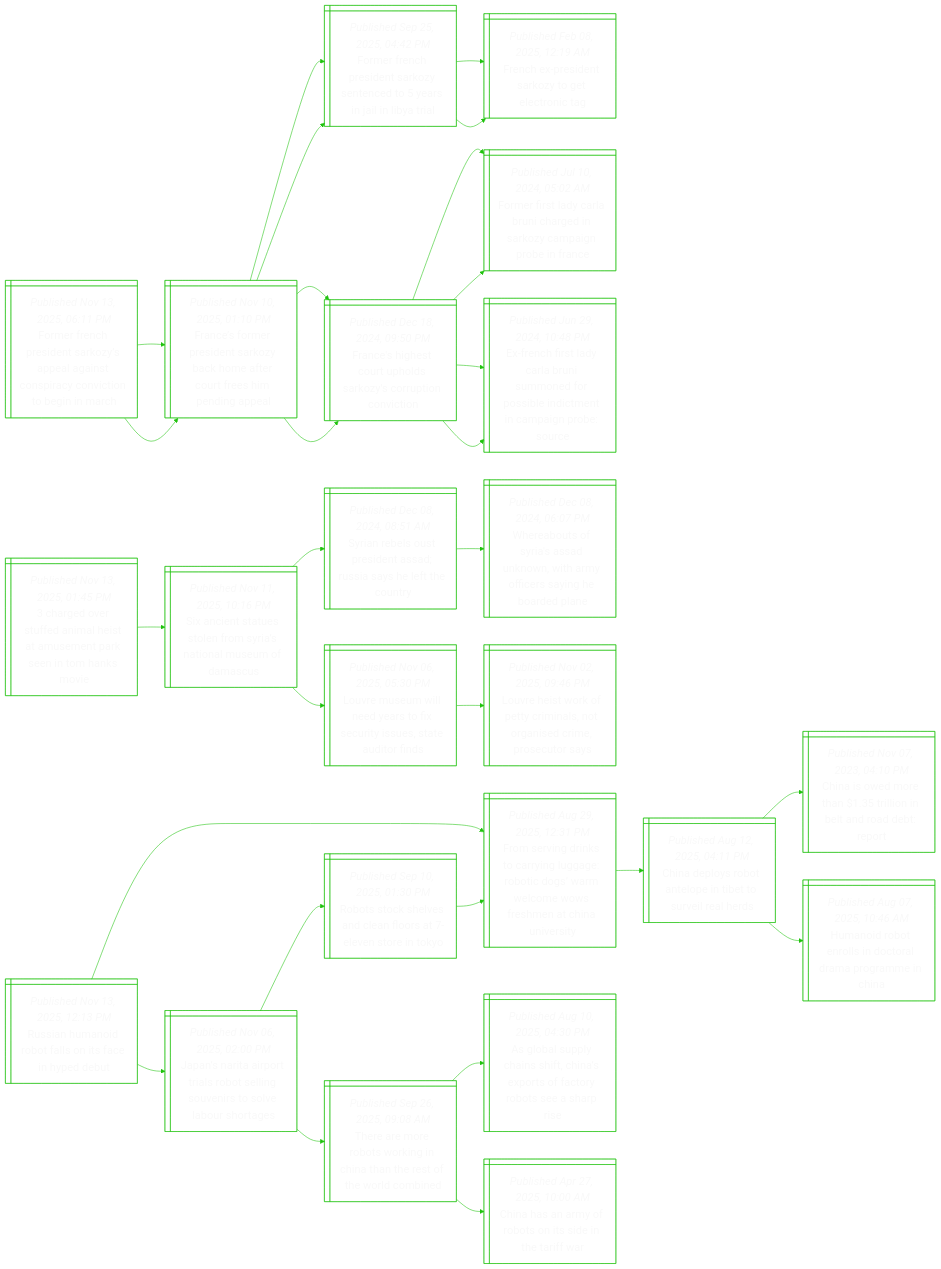
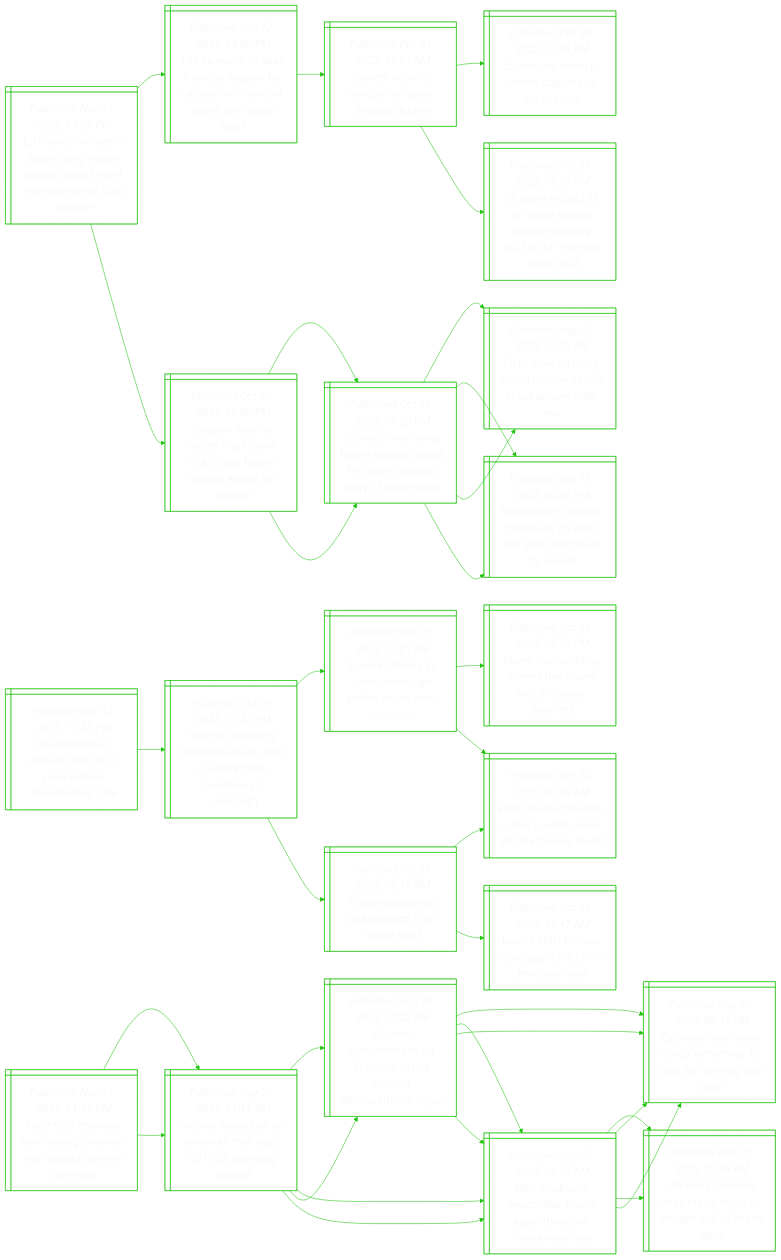
Before and after one commit to notJmes/notJmes: the diagram in README.md, drawn with Mermaid. The commit also changed other lines of this file, not shown here.

````diff
--- a/README.md
+++ b/README.md
@@ -16,97 +16,112 @@
 flowchart LR
 classDef txtsize font-size:20px;
 
-Frcstopasscvoenh@{ shape: win-pane, label: "_Published Nov 13, 2025, 06:11 PM_
-Former french president sarkozy’s appeal against conspiracy conviction to begin in march" }
-Femenkamerepne@{ shape: win-pane, label: "_Published Nov 10, 2025, 01:10 PM_
-France’s former president sarkozy back home after court frees him pending appeal" }
-Frcstoneeniya@{ shape: win-pane, label: "_Published Sep 25, 2025, 04:42 PM_
-Former french president sarkozy sentenced to 5 years in jail in libya trial" }
-Fhenkoloa@{ shape: win-pane, label: "_Published Feb 08, 2025, 12:19 AM_
-French ex-president sarkozy to get electronic tag" }
-Fehopsootot@{ shape: win-pane, label: "_Published Dec 18, 2024, 09:50 PM_
-France's highest court upholds sarkozy's corruption conviction" }
-FrtCBceayarnc@{ shape: win-pane, label: "_Published Jul 10, 2024, 05:02 AM_
-Former first lady carla bruni charged in sarkozy campaign probe in france" }
-Enrdlnmfsectmnec@{ shape: win-pane, label: "_Published Jun 29, 2024, 10:48 PM_
-Ex-french first lady carla bruni summoned for possible indictment in campaign probe: source" }
-Femenkamerepne@{ shape: win-pane, label: "_Published Nov 10, 2025, 01:10 PM_
-France’s former president sarkozy back home after court frees him pending appeal" }
-Frcstoneeniya@{ shape: win-pane, label: "_Published Sep 25, 2025, 04:42 PM_
-Former french president sarkozy sentenced to 5 years in jail in libya trial" }
-Fhenkoloa@{ shape: win-pane, label: "_Published Feb 08, 2025, 12:19 AM_
-French ex-president sarkozy to get electronic tag" }
-Fehopsootot@{ shape: win-pane, label: "_Published Dec 18, 2024, 09:50 PM_
-France's highest court upholds sarkozy's corruption conviction" }
-FrtCBceayarnc@{ shape: win-pane, label: "_Published Jul 10, 2024, 05:02 AM_
-Former first lady carla bruni charged in sarkozy campaign probe in france" }
-Enrdlnmfsectmnec@{ shape: win-pane, label: "_Published Jun 29, 2024, 10:48 PM_
-Ex-french first lady carla bruni summoned for possible indictment in campaign probe: source" }
+Meekenanhcoa@{ shape: win-pane, label: "_Published Nov 13, 2025, 11:40 PM_
+Merz tells zelensky fewer young ukrainian men should come to germany" }
+Uneoangtlad@{ shape: win-pane, label: "_Published Aug 27, 2025, 01:11 AM_
+Ukraine eases ban on ukrainian men aged 18 to 22 travelling abroad" }
+Unndoseienpvg@{ shape: win-pane, label: "_Published Aug 26, 2025, 10:27 PM_
+Ukraine acknowledges for first time russia entered dnipropetrovsk region" }
+Zsysieisitit@{ shape: win-pane, label: "_Published Aug 22, 2025, 08:47 PM_
+Zelensky says russia doing ‘everything’ to stop his meeting with putin" }
+Woiaamiesics@{ shape: win-pane, label: "_Published Aug 23, 2025, 01:52 AM_
+With no ukraine peace deal, trump again threatens russia sanctions" }
+Woiaamiesics@{ shape: win-pane, label: "_Published Aug 23, 2025, 01:52 AM_
+With no ukraine peace deal, trump again threatens russia sanctions" }
+UnlyRanrefes@{ shape: win-pane, label: "_Published Aug 22, 2025, 03:43 AM_
+Ukraine’s zelensky says russia trying to ‘wriggle out’ of peace talks" }
+Zsysieisitit@{ shape: win-pane, label: "_Published Aug 22, 2025, 08:47 PM_
+Zelensky says russia doing ‘everything’ to stop his meeting with putin" }
+Uneoangtlad@{ shape: win-pane, label: "_Published Aug 27, 2025, 01:11 AM_
+Ukraine eases ban on ukrainian men aged 18 to 22 travelling abroad" }
+Unndoseienpvg@{ shape: win-pane, label: "_Published Aug 26, 2025, 10:27 PM_
+Ukraine acknowledges for first time russia entered dnipropetrovsk region" }
+Zsysieisitit@{ shape: win-pane, label: "_Published Aug 22, 2025, 08:47 PM_
+Zelensky says russia doing ‘everything’ to stop his meeting with putin" }
+Woiaamiesics@{ shape: win-pane, label: "_Published Aug 23, 2025, 01:52 AM_
+With no ukraine peace deal, trump again threatens russia sanctions" }
+Woiaamiesics@{ shape: win-pane, label: "_Published Aug 23, 2025, 01:52 AM_
+With no ukraine peace deal, trump again threatens russia sanctions" }
+UnlyRanrefes@{ shape: win-pane, label: "_Published Aug 22, 2025, 03:43 AM_
+Ukraine’s zelensky says russia trying to ‘wriggle out’ of peace talks" }
+Zsysieisitit@{ shape: win-pane, label: "_Published Aug 22, 2025, 08:47 PM_
+Zelensky says russia doing ‘everything’ to stop his meeting with putin" }
 
-Frcstopasscvoenh:::txtsize --> Femenkamerepne:::txtsize
-Femenkamerepne:::txtsize --> Frcstoneeniya:::txtsize
-Frcstoneeniya:::txtsize --> Fhenkoloa:::txtsize
-Femenkamerepne:::txtsize --> Fehopsootot:::txtsize
-Fehopsootot:::txtsize --> FrtCBceayarnc:::txtsize
-Fehopsootot:::txtsize --> Enrdlnmfsectmnec:::txtsize
-Frcstopasscvoenh:::txtsize --> Femenkamerepne:::txtsize
-Femenkamerepne:::txtsize --> Frcstoneeniya:::txtsize
-Frcstoneeniya:::txtsize --> Fhenkoloa:::txtsize
-Femenkamerepne:::txtsize --> Fehopsootot:::txtsize
-Fehopsootot:::txtsize --> FrtCBceayarnc:::txtsize
-Fehopsootot:::txtsize --> Enrdlnmfsectmnec:::txtsize
+Meekenanhcoa:::txtsize --> Uneoangtlad:::txtsize
+Uneoangtlad:::txtsize --> Unndoseienpvg:::txtsize
+Unndoseienpvg:::txtsize --> Zsysieisitit:::txtsize
+Unndoseienpvg:::txtsize --> Woiaamiesics:::txtsize
+Uneoangtlad:::txtsize --> Woiaamiesics:::txtsize
+Woiaamiesics:::txtsize --> UnlyRanrefes:::txtsize
+Woiaamiesics:::txtsize --> Zsysieisitit:::txtsize
+Meekenanhcoa:::txtsize --> Uneoangtlad:::txtsize
+Uneoangtlad:::txtsize --> Unndoseienpvg:::txtsize
+Unndoseienpvg:::txtsize --> Zsysieisitit:::txtsize
+Unndoseienpvg:::txtsize --> Woiaamiesics:::txtsize
+Uneoangtlad:::txtsize --> Woiaamiesics:::txtsize
+Woiaamiesics:::txtsize --> UnlyRanrefes:::txtsize
+Woiaamiesics:::txtsize --> Zsysieisitit:::txtsize
 
-cerfietepeTnv@{ shape: win-pane, label: "_Published Nov 13, 2025, 01:45 PM_
-3 charged over stuffed animal heist at amusement park seen in tom hanks movie" }
-Scseloitluau@{ shape: win-pane, label: "_Published Nov 11, 2025, 10:16 PM_
-Six ancient statues stolen from syria’s national museum of damascus" }
-SnltiARahtoy@{ shape: win-pane, label: "_Published Dec 08, 2024, 08:51 AM_
-Syrian rebels oust president assad; russia says he left the country" }
-Wasrsnnafriben@{ shape: win-pane, label: "_Published Dec 08, 2024, 06:07 PM_
-Whereabouts of syria's assad unknown, with army officers saying he boarded plane" }
-Leulytsisturs@{ shape: win-pane, label: "_Published Nov 06, 2025, 05:30 PM_
-Louvre museum will need years to fix security issues, state auditor finds" }
-Letotmsrsioty@{ shape: win-pane, label: "_Published Nov 02, 2025, 09:46 PM_
-Louvre heist work of petty criminals, not organised crime, prosecutor says" }
+Eaieriounttcwfke@{ shape: win-pane, label: "_Published Nov 13, 2025, 11:26 PM_
+Eu finance ministers agree using frozen russian assets most effective way to fund ukraine" }
+Twtsalorilbavrw@{ shape: win-pane, label: "_Published Nov 12, 2025, 03:00 PM_
+The eu wants to raise financial support for ukraine. will member states ever agree how?" }
+DsruasvUn@{ shape: win-pane, label: "_Published Feb 24, 2022, 11:01 AM_
+'darkest hours of europe' as russia invades ukraine" }
+Eshiaalocs@{ shape: win-pane, label: "_Published Feb 24, 2022, 12:41 PM_
+Explosions heard in ukraine capital kyiv, other cities" }
+OaUuakaogrmc@{ shape: win-pane, label: "_Published Feb 24, 2022, 05:20 PM_
+Oil soars to us$105 as russia attacks ukraine, topping us$100 for 1st time since 2014" }
+Busauasszsaske@{ shape: win-pane, label: "_Published Oct 02, 2025, 08:50 PM_
+Belgium says eu states must share risk to use frozen russian assets for ukraine" }
+Elrgessfakeoau@{ shape: win-pane, label: "_Published Oct 01, 2025, 09:29 PM_
+Eu mulls over using frozen russian assets for loan to ukraine, wary of legal issues" }
+Eoufnisoker@{ shape: win-pane, label: "_Published Aug 31, 2025, 12:28 AM_
+Eu to work on using frozen russian assets to aid ukraine after war" }
+Rasptlfnttss@{ shape: win-pane, label: "_Published Sep 15, 2025, 04:05 PM_
+Russia warns europe that it will go after any state that takes its assets" }
+Elrgessfakeoau@{ shape: win-pane, label: "_Published Oct 01, 2025, 09:29 PM_
+Eu mulls over using frozen russian assets for loan to ukraine, wary of legal issues" }
+Eoufnisoker@{ shape: win-pane, label: "_Published Aug 31, 2025, 12:28 AM_
+Eu to work on using frozen russian assets to aid ukraine after war" }
+Rasptlfnttss@{ shape: win-pane, label: "_Published Sep 15, 2025, 04:05 PM_
+Russia warns europe that it will go after any state that takes its assets" }
 
-cerfietepeTnv:::txtsize --> Scseloitluau:::txtsize
-Scseloitluau:::txtsize --> SnltiARahtoy:::txtsize
-SnltiARahtoy:::txtsize --> Wasrsnnafriben:::txtsize
-Scseloitluau:::txtsize --> Leulytsisturs:::txtsize
-Leulytsisturs:::txtsize --> Letotmsrsioty:::txtsize
+Eaieriounttcwfke:::txtsize --> Twtsalorilbavrw:::txtsize
+Twtsalorilbavrw:::txtsize --> DsruasvUn:::txtsize
+DsruasvUn:::txtsize --> Eshiaalocs:::txtsize
+DsruasvUn:::txtsize --> OaUuakaogrmc:::txtsize
+Eaieriounttcwfke:::txtsize --> Busauasszsaske:::txtsize
+Busauasszsaske:::txtsize --> Elrgessfakeoau:::txtsize
+Elrgessfakeoau:::txtsize --> Eoufnisoker:::txtsize
+Elrgessfakeoau:::txtsize --> Rasptlfnttss:::txtsize
+Busauasszsaske:::txtsize --> Elrgessfakeoau:::txtsize
+Elrgessfakeoau:::txtsize --> Eoufnisoker:::txtsize
+Elrgessfakeoau:::txtsize --> Rasptlfnttss:::txtsize
 
-Raarfofndt@{ shape: win-pane, label: "_Published Nov 13, 2025, 12:13 PM_
-Russian humanoid robot falls on its face in hyped debut" }
-FegkangocweefmCur@{ shape: win-pane, label: "_Published Aug 29, 2025, 12:31 PM_
-From serving drinks to carrying luggage: robotic dogs’ warm welcome wows freshmen at china university" }
-Cdyoeieulh@{ shape: win-pane, label: "_Published Aug 12, 2025, 04:11 PM_
-China deploys robot antelope in tibet to surveil real herds" }
-Cidtroedde@{ shape: win-pane, label: "_Published Nov 07, 2023, 04:10 PM_
-China is owed more than $1.35 trillion in belt and road debt: report" }
-Hobritdpana@{ shape: win-pane, label: "_Published Aug 07, 2025, 10:46 AM_
-Humanoid robot enrolls in doctoral drama programme in china" }
-Jstprrsnvslbhg@{ shape: win-pane, label: "_Published Nov 06, 2025, 02:00 PM_
-Japan’s narita airport trials robot selling souvenirs to solve labour shortages" }
-Rskvdnrlsiy@{ shape: win-pane, label: "_Published Sep 10, 2025, 01:30 PM_
-Robots stock shelves and clean floors at 7-eleven store in tokyo" }
-FegkangocweefmCur@{ shape: win-pane, label: "_Published Aug 29, 2025, 12:31 PM_
-From serving drinks to carrying luggage: robotic dogs’ warm welcome wows freshmen at china university" }
-Tarorinnetrmd@{ shape: win-pane, label: "_Published Sep 26, 2025, 09:08 AM_
-There are more robots working in china than the rest of the world combined" }
-AbphsCsrfroere@{ shape: win-pane, label: "_Published Aug 10, 2025, 04:30 PM_
-As global supply chains shift, china’s exports of factory robots see a sharp rise" }
-Chaftteef@{ shape: win-pane, label: "_Published Apr 27, 2025, 10:00 AM_
-China has an army of robots on its side in the tariff war" }
+PlncsetllrnG@{ shape: win-pane, label: "_Published Nov 13, 2025, 11:23 PM_
+Pro-palestinian activists use lift to scale berlin’s brandenburg gate" }
+Gnahrieohlhci@{ shape: win-pane, label: "_Published Oct 24, 2025, 01:32 PM_
+German company behind truck-lift used in louvre heist launches ad campaign" }
+LeePOhretmu@{ shape: win-pane, label: "_Published Oct 20, 2025, 01:01 AM_
+Louvre robbery in paris: other high-profile heists from museums" }
+Ptineluiisey@{ shape: win-pane, label: "_Published Oct 19, 2025, 05:51 PM_
+Power tool-wielding thieves flee louvre with ‘priceless’ jewellery" }
+PLeubhwitea@{ shape: win-pane, label: "_Published Oct 20, 2025, 02:36 AM_
+Paris’ louvre museum robbery: what jewels did the thieves steal?" }
+FeiDmaLet@{ shape: win-pane, label: "_Published Oct 24, 2025, 08:11 AM_
+France examining dna samples after louvre heist" }
+PLeubhwitea@{ shape: win-pane, label: "_Published Oct 20, 2025, 02:36 AM_
+Paris’ louvre museum robbery: what jewels did the thieves steal?" }
+LefeVfeei@{ shape: win-pane, label: "_Published Oct 23, 2025, 12:47 AM_
+Louvre chief blames cctv gaps for $130m jewellery heist" }
 
-Raarfofndt:::txtsize --> FegkangocweefmCur:::txtsize
-FegkangocweefmCur:::txtsize --> Cdyoeieulh:::txtsize
-Cdyoeieulh:::txtsize --> Cidtroedde:::txtsize
-Cdyoeieulh:::txtsize --> Hobritdpana:::txtsize
-Raarfofndt:::txtsize --> Jstprrsnvslbhg:::txtsize
-Jstprrsnvslbhg:::txtsize --> Rskvdnrlsiy:::txtsize
-Rskvdnrlsiy:::txtsize --> FegkangocweefmCur:::txtsize
-Jstprrsnvslbhg:::txtsize --> Tarorinnetrmd:::txtsize
-Tarorinnetrmd:::txtsize --> AbphsCsrfroere:::txtsize
-Tarorinnetrmd:::txtsize --> Chaftteef:::txtsize
+PlncsetllrnG:::txtsize --> Gnahrieohlhci:::txtsize
+Gnahrieohlhci:::txtsize --> LeePOhretmu:::txtsize
+LeePOhretmu:::txtsize --> Ptineluiisey:::txtsize
+LeePOhretmu:::txtsize --> PLeubhwitea:::txtsize
+Gnahrieohlhci:::txtsize --> FeiDmaLet:::txtsize
+FeiDmaLet:::txtsize --> PLeubhwitea:::txtsize
+FeiDmaLet:::txtsize --> LefeVfeei:::txtsize
 
 ```
````
